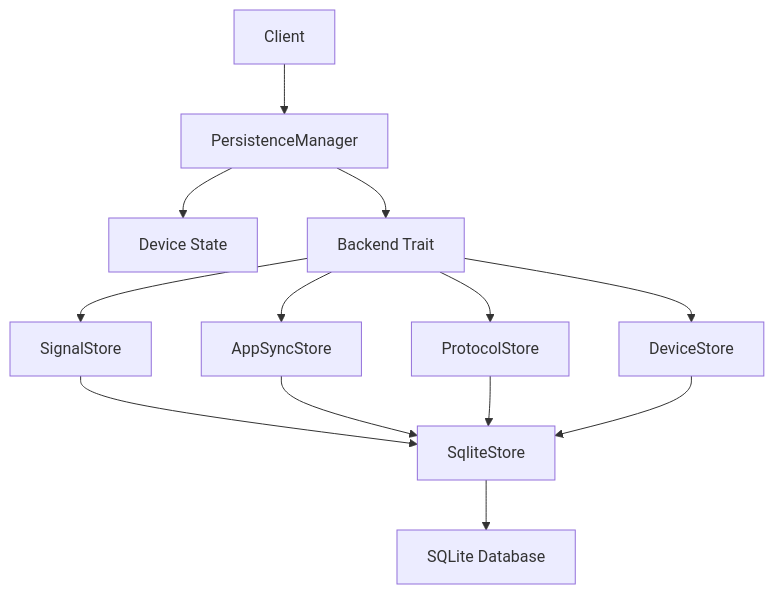
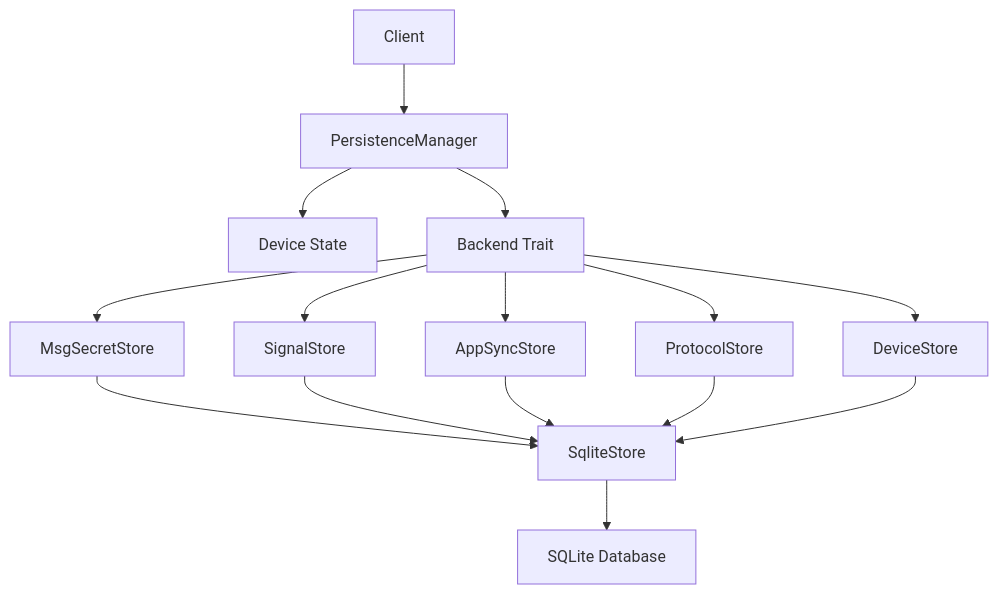
Before and after one commit to oxidezap/whatsapp-rust-docs: the first of 2 diagrams in concepts/storage.mdx, drawn with Mermaid. The commit also changed other lines of this file and 30 other files, not shown here.

````diff
--- a/concepts/storage.mdx
+++ b/concepts/storage.mdx
@@ -12,15 +12,17 @@
 ```mermaid
 graph TB
     A[Client] --> B[PersistenceManager]
     B --> C[Device State]
     B --> D[Backend Trait]
     D --> E[SignalStore]
     D --> F[AppSyncStore]
     D --> G[ProtocolStore]
     D --> H[DeviceStore]
+    D --> K[MsgSecretStore]
+    K --> I
     E --> I[SqliteStore]
     F --> I
     G --> I
     H --> I
     I --> J[SQLite Database]
 ```
````
